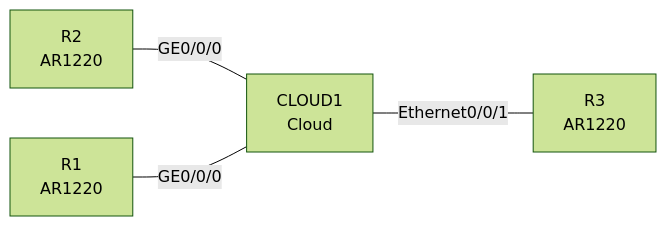
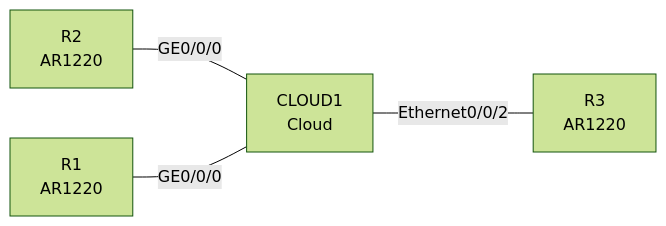
The diagram in examples/builtin-ospf/topology.md (jiazaijiajia/ensp-topology-toolkit), drawn with Mermaid (forest theme) before and after one commit. The commit also changed other lines of this file and 16 other files, not shown here.

````diff
--- a/examples/builtin-ospf/topology.md
+++ b/examples/builtin-ospf/topology.md
@@ -25,10 +25,10 @@
 ```mermaid
 graph LR
     D0["CLOUD1<br/>Cloud"]
     D1["R1<br/>AR1220"]
     D2["R2<br/>AR1220"]
     D3["R3<br/>AR1220"]
     D2 ---|GE0/0/0| D0
     D1 ---|GE0/0/0| D0
-    D0 ---|Ethernet0/0/1| D3
+    D0 ---|Ethernet0/0/2| D3
 ```
````
